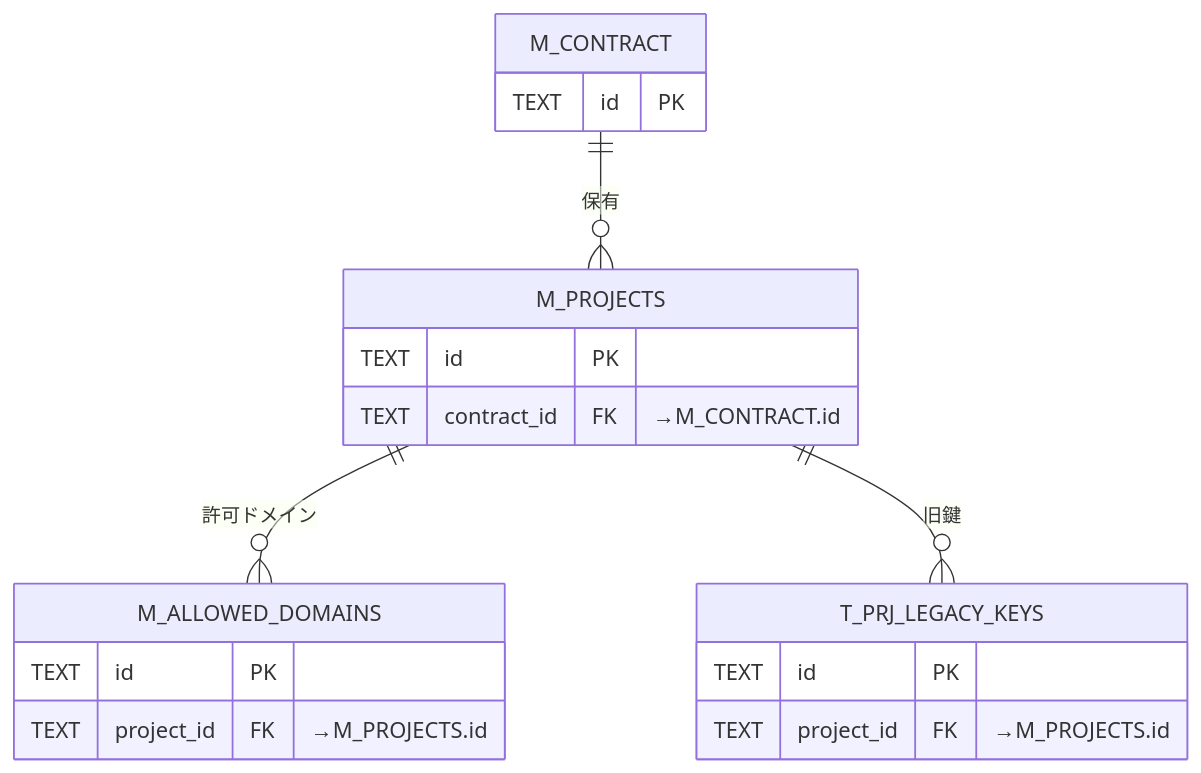
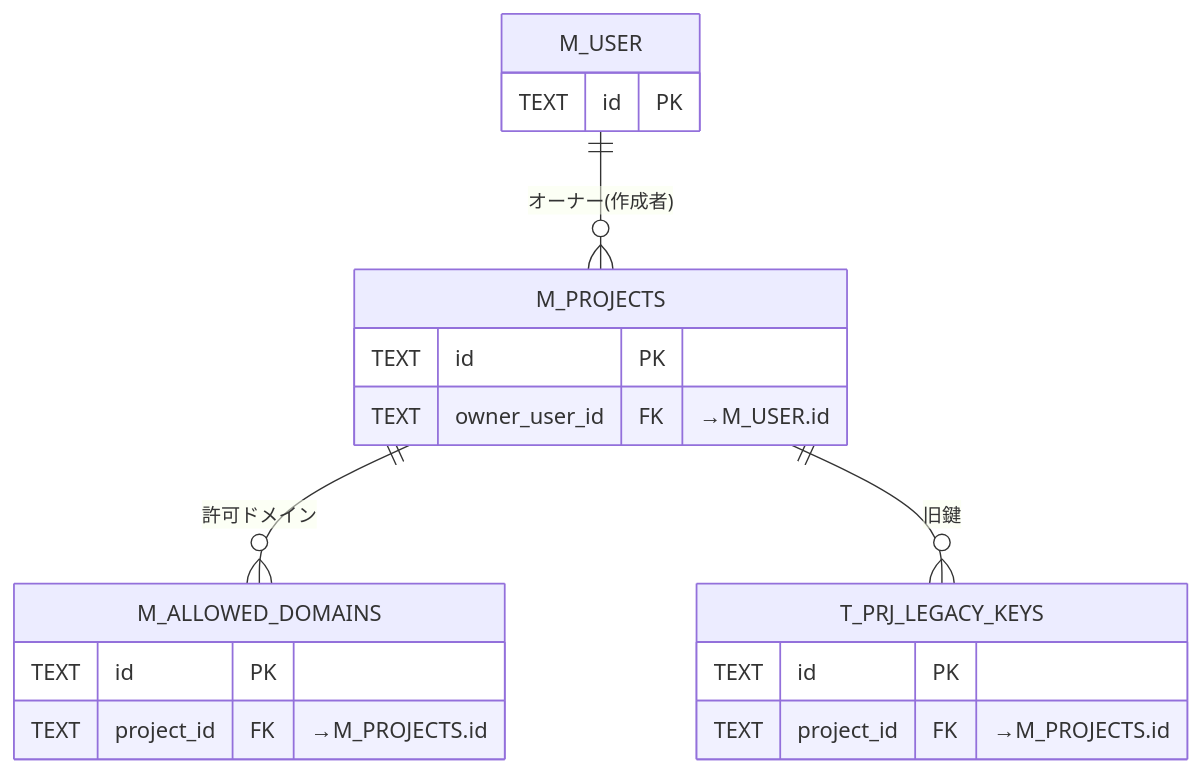
Before and after one commit to sikakou54/open-faq: the fifth of 12 diagrams in 02_basic_design/02_backend/04_database/index.md, drawn with Mermaid. The commit also changed other lines of this file and 294 other files, not shown here.

````diff
--- a/02_basic_design/02_backend/04_database/index.md
+++ b/02_basic_design/02_backend/04_database/index.md
@@ -172,13 +172,13 @@
 ```mermaid
 erDiagram
-  M_CONTRACT { TEXT id PK }
+  M_USER { TEXT id PK }
   M_PROJECTS { TEXT id PK
-    TEXT contract_id FK "→M_CONTRACT.id" }
+    TEXT owner_user_id FK "→M_USER.id" }
   M_ALLOWED_DOMAINS { TEXT id PK
     TEXT project_id FK "→M_PROJECTS.id" }
   T_PRJ_LEGACY_KEYS { TEXT id PK
     TEXT project_id FK "→M_PROJECTS.id" }
-  M_CONTRACT ||--o{ M_PROJECTS : "保有"
+  M_USER ||--o{ M_PROJECTS : "オーナー(作成者)"
   M_PROJECTS ||--o{ M_ALLOWED_DOMAINS : "許可ドメイン"
   M_PROJECTS ||--o{ T_PRJ_LEGACY_KEYS : "旧鍵"
 ```
````
